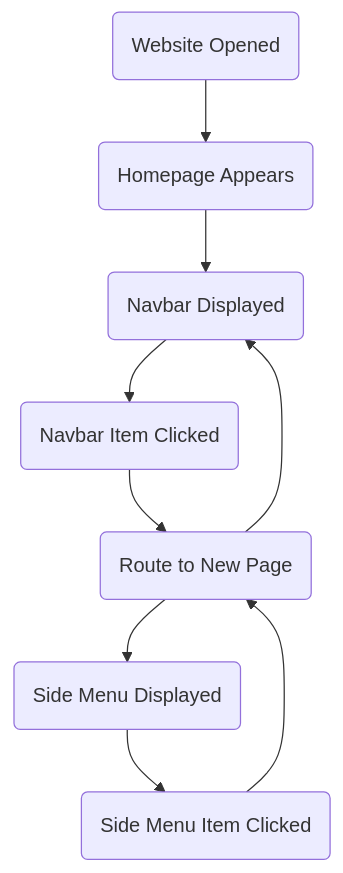
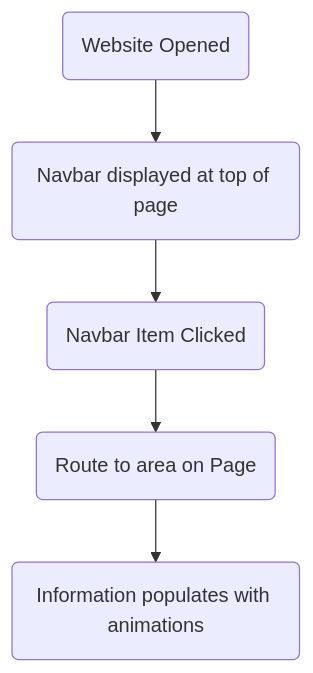
One commit to sam-wyche/wyche-senior-design changed the first of 3 diagrams in Design_Diagrams/Assignment4.md. Above: the diagram before and after it, drawn with Mermaid. The commit also changed other lines of this file, not shown here.

````diff
--- a/Design_Diagrams/Assignment4.md
+++ b/Design_Diagrams/Assignment4.md
@@ -10,12 +10,7 @@
 ```mermaid
 flowchart TD;
-  A(Website Opened)-->B(Homepage Appears)
-  B-->C(Navbar Displayed)
-  C-->D(Navbar Item Clicked)
-  D-->E(Route to New Page)
-  E-->F(Side Menu Displayed)
-  F-->G(Side Menu Item Clicked)
-  G-->E
-
-  E-->C
+  A(Website Opened)-->B(Navbar displayed at top of page)
+  B-->C(Navbar Item Clicked)
+  C-->D(Route to area on Page)
+  D-->E(Information populates with animations)
 ```
````
